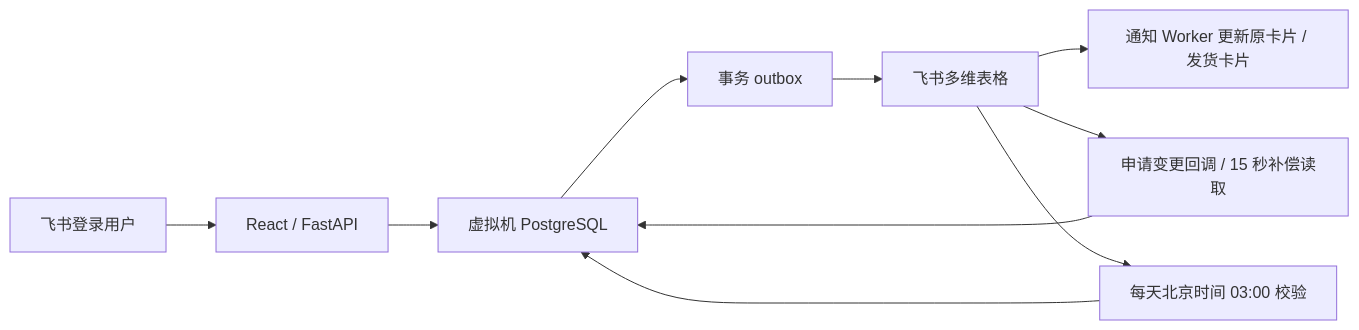
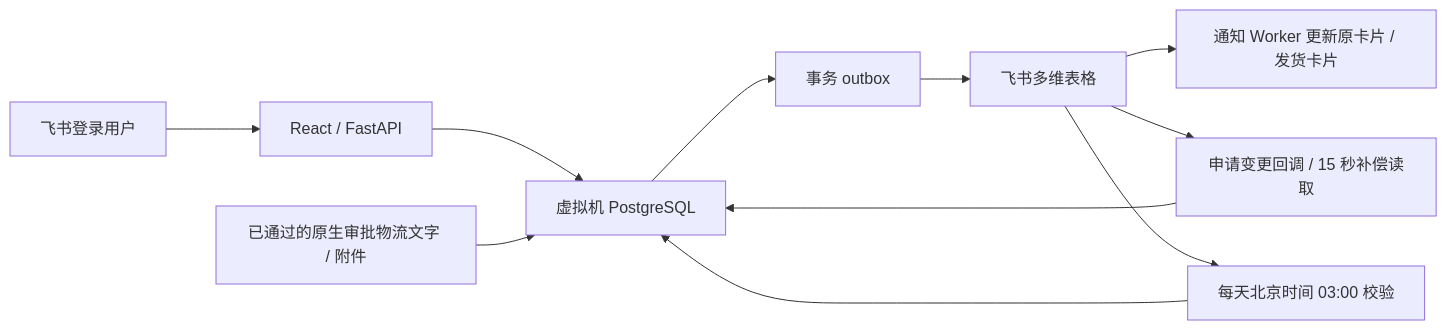
Before and after one commit to G1026271140-spec/pudu-material-operations: the diagram in README.md, drawn with Mermaid. The commit also changed other lines of this file, not shown here.

````diff
--- a/README.md
+++ b/README.md
@@ -16,12 +16,13 @@
 ```mermaid
 flowchart LR
     U[飞书登录用户] --> W[React / FastAPI]
     W --> P[虚拟机 PostgreSQL]
     P --> O[事务 outbox]
     O --> F[飞书多维表格]
     F --> E[通知 Worker 更新原卡片 / 发货卡片]
+    A[已通过的原生审批物流文字 / 附件] --> P
     F --> C[申请变更回调 / 15 秒补偿读取]
     C --> P
     F --> R[每天北京时间 03:00 校验]
     R --> P
 ```
````
